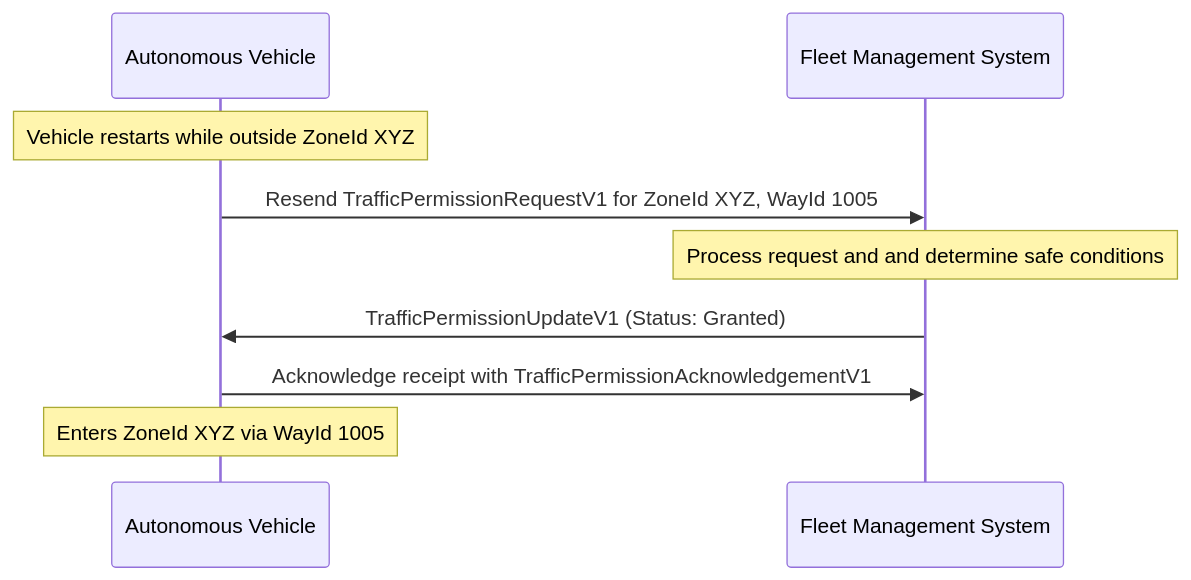
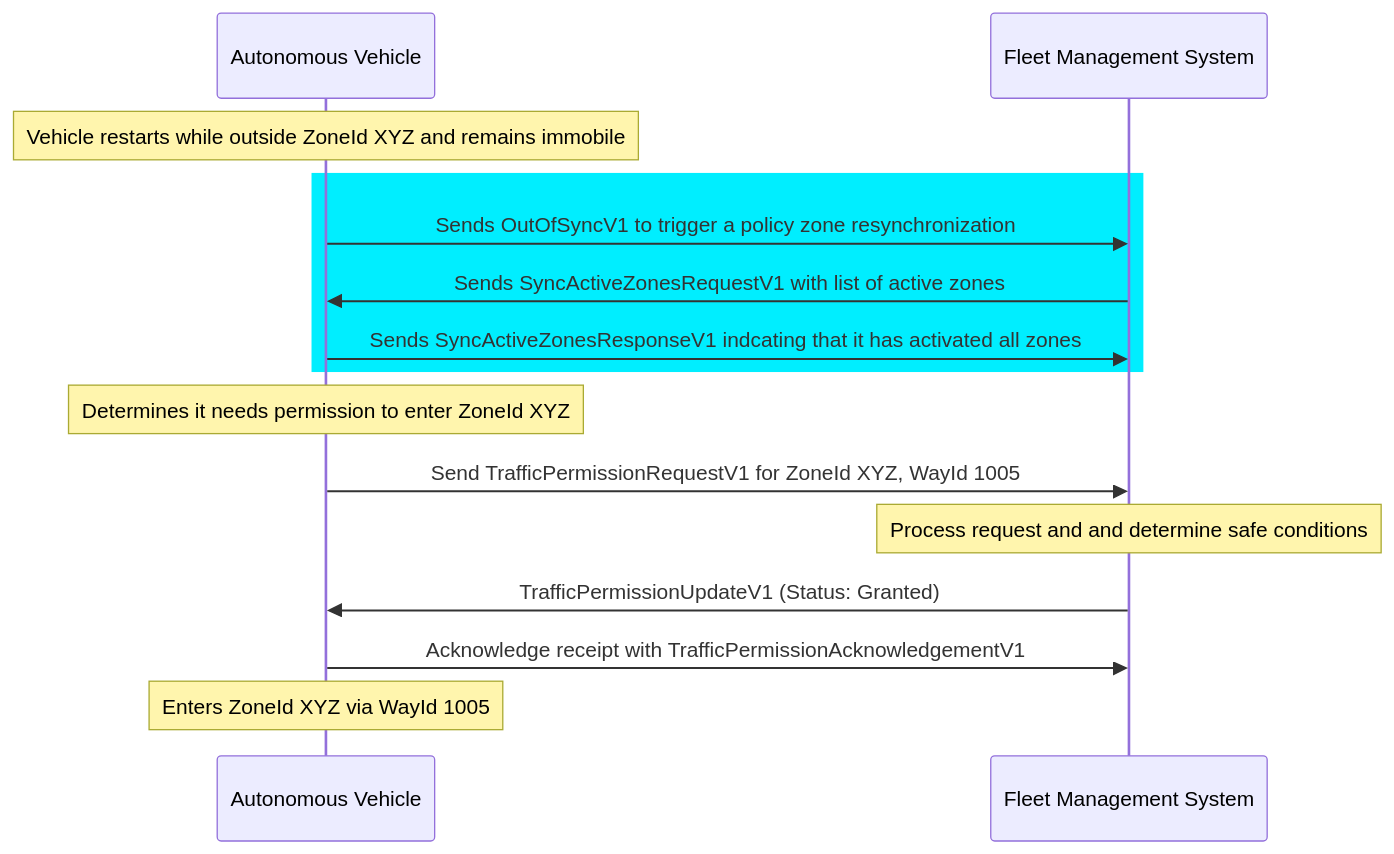
One commit to open-autonomy/traffic-management changed the fifth of 6 diagrams in diagram/RequestingPermission.md. Above: the diagram before and after it, drawn with Mermaid. The commit also changed other lines of this file, not shown here.

Commit message:
Policy zone sync

````diff
--- a/diagram/RequestingPermission.md
+++ b/diagram/RequestingPermission.md
@@ -91,12 +91,18 @@
 ```mermaid
 sequenceDiagram
 	participant AV as Autonomous Vehicle
 	participant FMS as Fleet Management System
-
-	Note over AV: Vehicle restarts while outside ZoneId XYZ
-	AV->>FMS: Resend TrafficPermissionRequestV1 for ZoneId XYZ, WayId 1005
+	Note over AV: Vehicle restarts while outside ZoneId XYZ and remains immobile
+	rect rgba(0, 238, 255, 1)
+		AV->>FMS: Sends OutOfSyncV1 to trigger a policy zone resynchronization
+		FMS->>AV: Sends SyncActiveZonesRequestV1 with list of active zones
+		AV->>FMS: Sends SyncActiveZonesResponseV1 indcating that it has activated all zones
+	end
+	Note over AV: Determines it needs permission to enter ZoneId XYZ
+	
+	AV->>FMS: Send TrafficPermissionRequestV1 for ZoneId XYZ, WayId 1005
 	Note over FMS: Process request and and determine safe conditions
 	FMS->>AV: TrafficPermissionUpdateV1 (Status: Granted)
 	AV->>FMS: Acknowledge receipt with TrafficPermissionAcknowledgementV1
 	Note over AV: Enters ZoneId XYZ via WayId 1005
 ```
````
